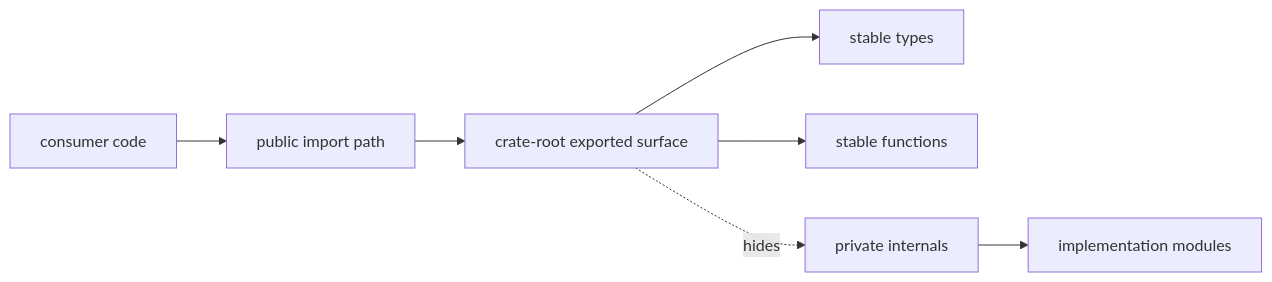
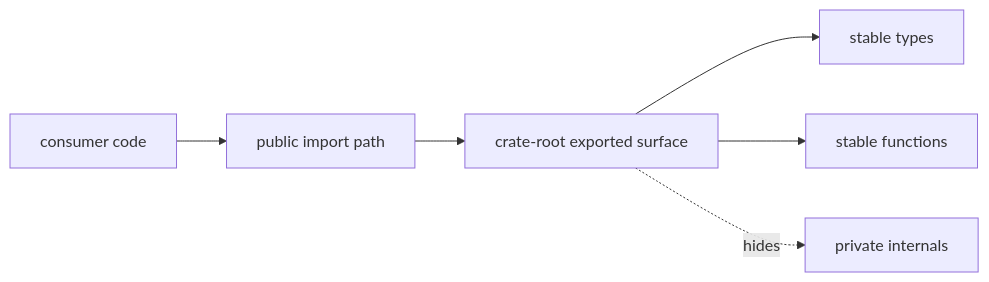
The diagram in docs/bijux-dag/interfaces/public-imports.md (bijux/bijux-cli), drawn with Mermaid before and after one commit. The commit also changed other lines of this file, not shown here.

````diff
--- a/docs/bijux-dag/interfaces/public-imports.md
+++ b/docs/bijux-dag/interfaces/public-imports.md
@@ -17,9 +19,8 @@
 ```mermaid
 flowchart LR
     consumer[consumer code] --> public_path[public import path]
     public_path --> facade[crate-root exported surface]
     facade --> stable_types[stable types]
     facade --> stable_functions[stable functions]
     facade -. hides .-> internals[private internals]
-    internals --> impl[implementation modules]
 ```
````
